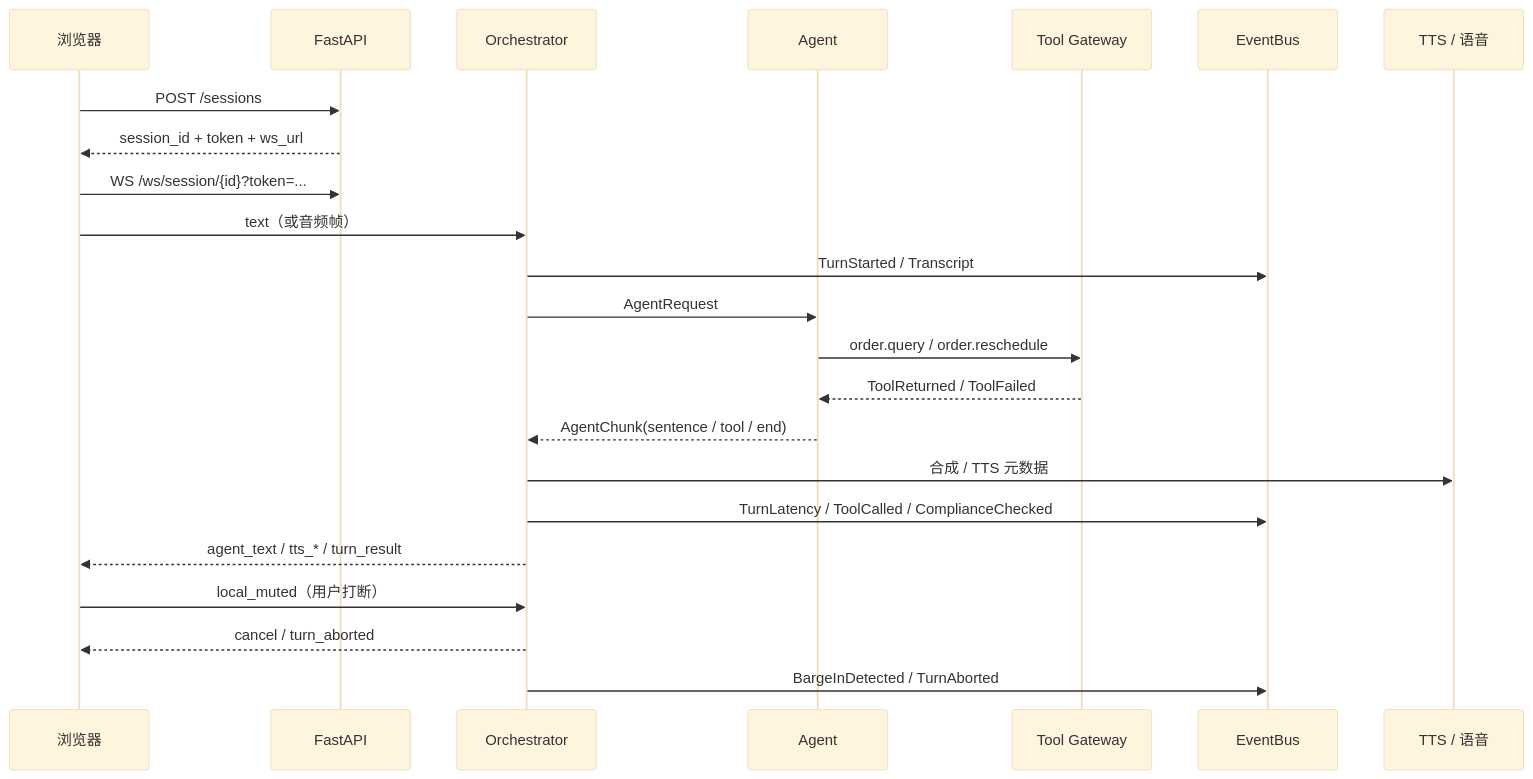
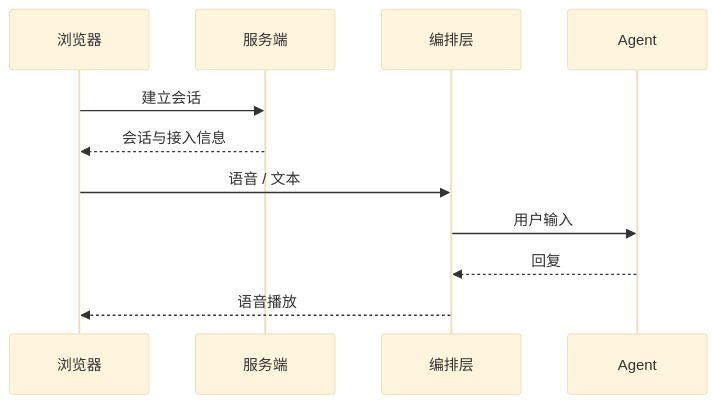
The third of 3 diagrams in README.md (SLR979111/AI-call), drawn with Mermaid (base theme) before and after one commit. The commit also changed other lines of this file and 20 other files, not shown here.

````diff
--- a/README.md
+++ b/README.md
@@ -246,26 +85,14 @@
 ```mermaid
 sequenceDiagram
   participant B as 浏览器
-  participant API as FastAPI
-  participant O as Orchestrator
+  participant API as 服务端
+  participant O as 编排层
   participant A as Agent
-  participant T as Tool Gateway
-  participant E as EventBus
-  participant V as TTS / 语音
 
-  B->>API: POST /sessions
-  API-->>B: session_id + token + ws_url
-  B->>API: WS /ws/session/{id}?token=...
-  B->>O: text（或音频帧）
-  O->>E: TurnStarted / Transcript
-  O->>A: AgentRequest
-  A->>T: order.query / order.reschedule
-  T-->>A: ToolReturned / ToolFailed
-  A-->>O: AgentChunk(sentence / tool / end)
-  O->>V: 合成 / TTS 元数据
-  O->>E: TurnLatency / ToolCalled / ComplianceChecked
-  O-->>B: agent_text / tts_* / turn_result
-  B->>O: local_muted（用户打断）
-  O-->>B: cancel / turn_aborted
-  O->>E: BargeInDetected / TurnAborted
+  B->>API: 建立会话
+  API-->>B: 会话与接入信息
+  B->>O: 语音 / 文本
+  O->>A: 用户输入
+  A-->>O: 回复
+  O-->>B: 语音播放
 ```
````
